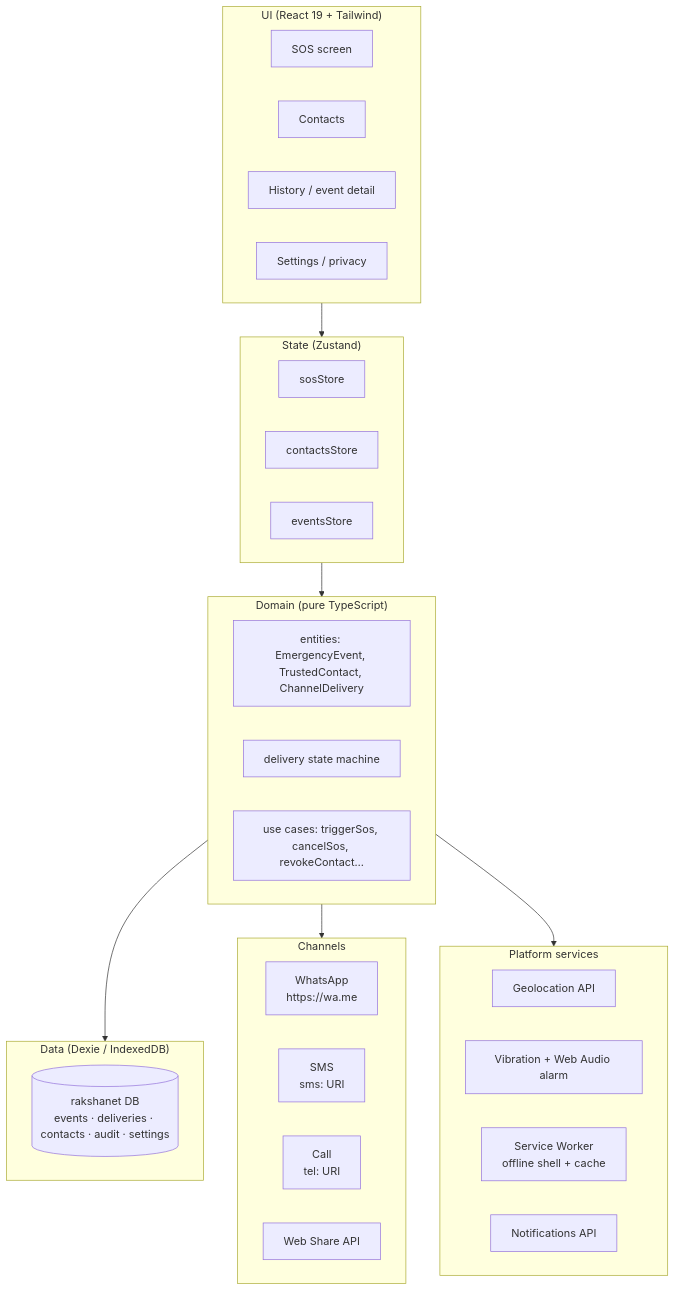
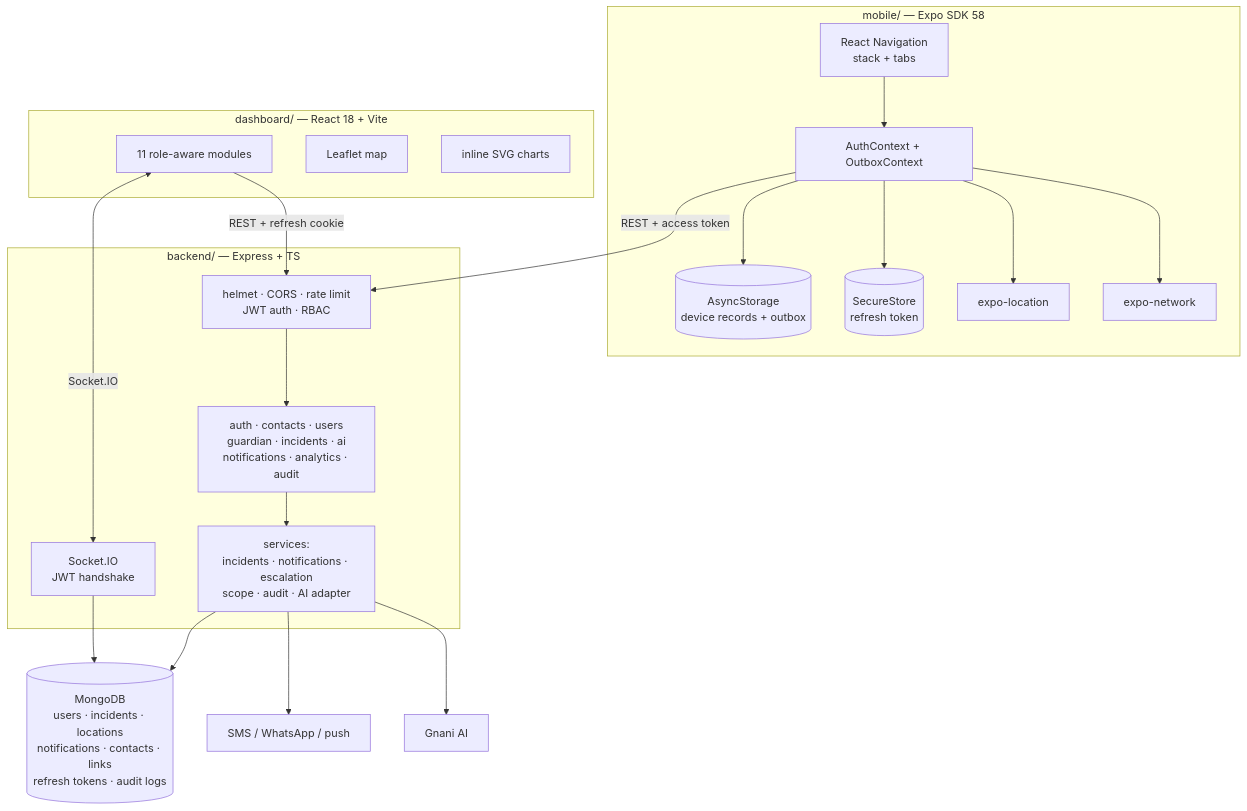
The second of 4 diagrams in docs/ARCHITECTURE.md (deepsingh-co/RakshaNet), drawn with Mermaid before and after one commit. The commit also changed other lines of this file and 8 other files, not shown here.

Commit message:
feat(mobile): integrate Hinglish safety assistant; refresh architecture docs

````diff
--- a/docs/ARCHITECTURE.md
+++ b/docs/ARCHITECTURE.md
@@ -104,43 +81,43 @@
 ```mermaid
 flowchart TB
-    subgraph UI["UI (React 19 + Tailwind)"]
-        SOS[SOS screen]
-        CTC[Contacts]
-        HST[History / event detail]
-        SET[Settings / privacy]
+    subgraph mobile["mobile/ — Expo SDK 58"]
+        NAV["React Navigation<br/>stack + tabs"]
+        CTX["AuthContext + OutboxContext"]
+        STORE[("AsyncStorage<br/>device records + outbox")]
+        SEC[("SecureStore<br/>refresh token")]
+        LOC["expo-location"]
+        NET["expo-network"]
     end
 
-    subgraph STATE["State (Zustand)"]
-        sosStore
-        contactsStore
-        eventsStore
+    subgraph backend["backend/ — Express + TS"]
+        MW["helmet · CORS · rate limit<br/>JWT auth · RBAC"]
+        ROUTES["auth · contacts · users<br/>guardian · incidents · ai<br/>notifications · analytics · audit"]
+        SVC["services:<br/>incidents · notifications · escalation<br/>scope · audit · AI adapter"]
+        IO["Socket.IO<br/>JWT handshake"]
     end
 
-    subgraph DOMAIN["Domain (pure TypeScript)"]
-        types["entities: EmergencyEvent, TrustedContact, ChannelDelivery"]
-        machine["delivery state machine"]
-        usecases["use cases: triggerSos, cancelSos, revokeContact…"]
+    subgraph dash["dashboard/ — React 18 + Vite"]
+        UI["11 role-aware modules"]
+        LEAF["Leaflet map"]
+        CHARTS["inline SVG charts"]
     end
 
-    subgraph DATA["Data (Dexie / IndexedDB)"]
-        db[(rakshanet DB<br/>events · deliveries · contacts · audit · settings)]
-    end
+    MONGO[("MongoDB<br/>users · incidents · locations<br/>notifications · contacts · links<br/>refresh tokens · audit logs")]
+    PROV["SMS / WhatsApp / push"]
+    GNANI["Gnani AI"]
 
-    subgraph CHANNELS["Channels"]
-        WA["WhatsApp<br/>https://wa.me"]
-        SMS2["SMS<br/>sms: URI"]
-        TEL["Call<br/>tel: URI"]
-        SHARE["Web Share API"]
-    end
+    NAV --> CTX
+    CTX --> STORE
+    CTX --> SEC
+    CTX --> LOC
+    CTX --> NET
+    CTX -->|"REST + access token"| MW
 
-    subgraph PLATFORM["Platform services"]
-        GEO["Geolocation API"]
-        VIB["Vibration + Web Audio alarm"]
-        SW["Service Worker<br/>offline shell + cache"]
-        NOTIF["Notifications API"]
-    end
+    UI -->|"REST + refresh cookie"| MW
+    UI <-->|"Socket.IO"| IO
 
-    UI --> STATE --> DOMAIN --> DATA
-    DOMAIN --> CHANNELS
-    DOMAIN --> PLATFORM
+    MW --> ROUTES --> SVC --> MONGO
+    IO --> MONGO
+    SVC --> PROV
+    SVC --> GNANI
 ```
````
